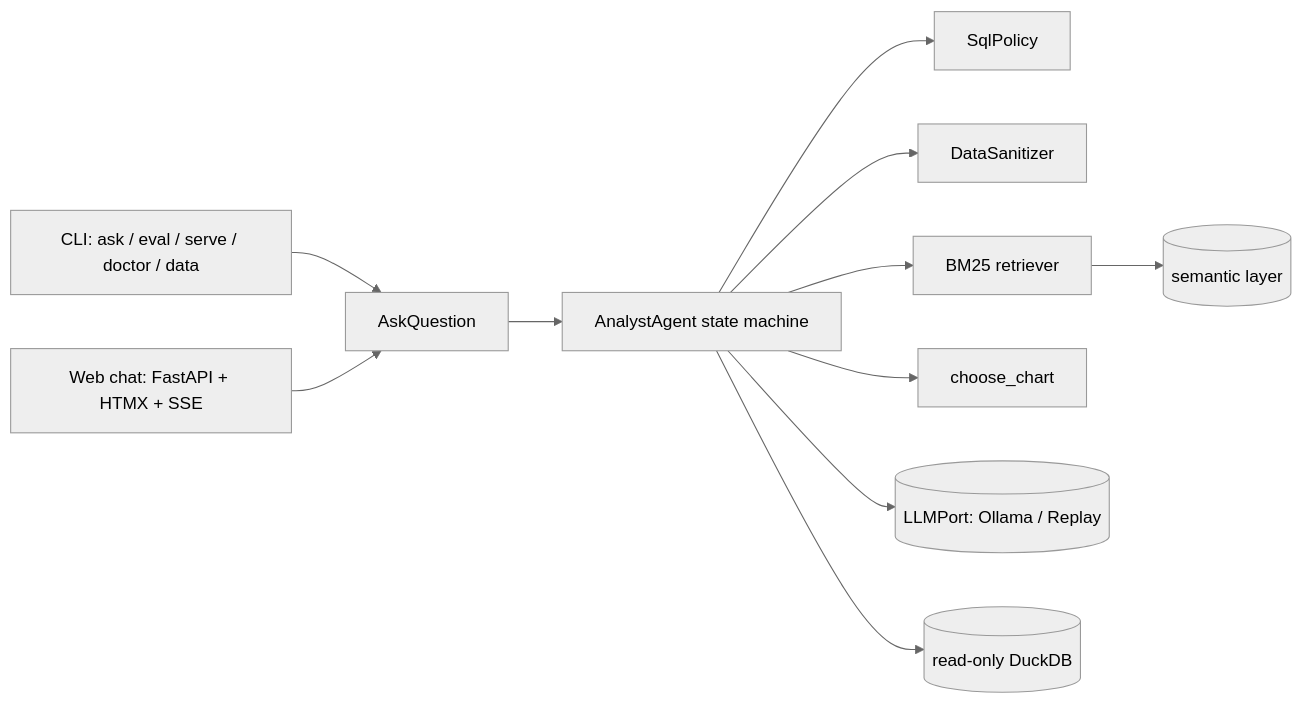
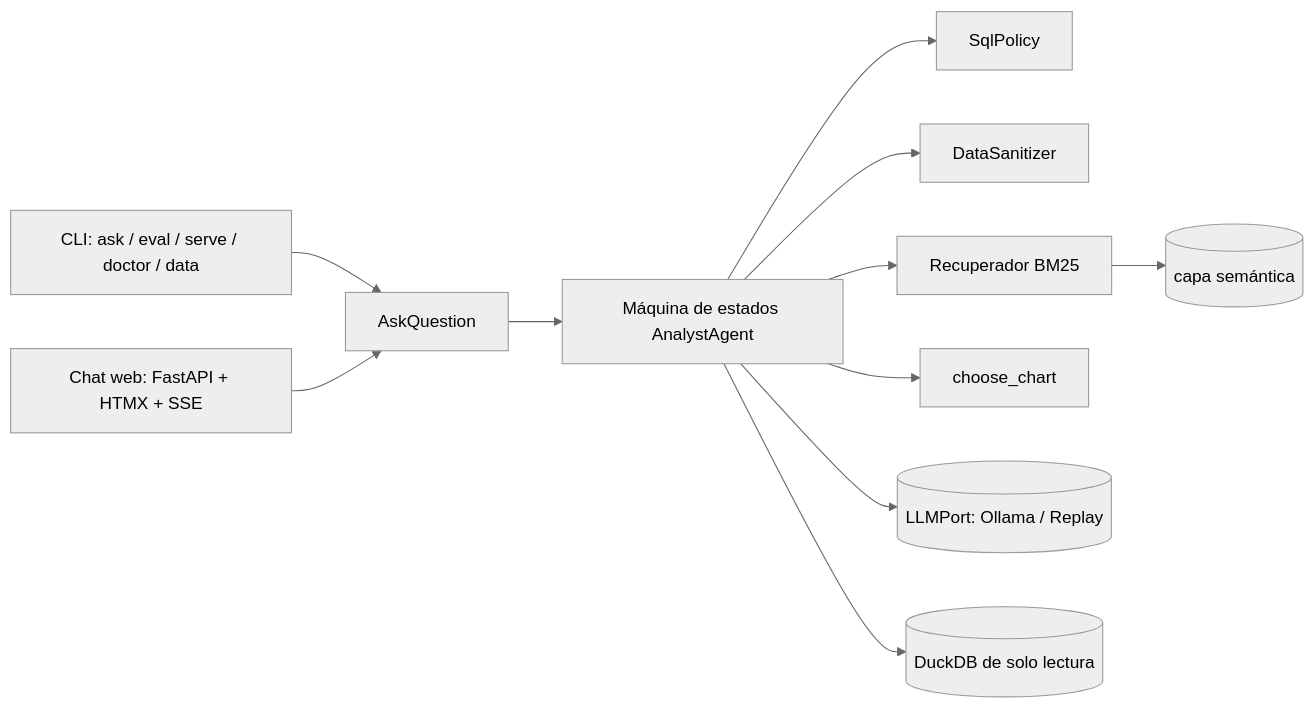
The diagram in README.md (Eduardo12Pacheco/agente-analista-sql-local), drawn with Mermaid (neutral theme) before and after one commit. The commit also changed other lines of this file and 4 other files, not shown here.

````diff
--- a/README.md
+++ b/README.md
@@ -49,13 +49,13 @@
 ```mermaid
 flowchart LR
   CLI[CLI: ask / eval / serve / doctor / data] --> ASK[AskQuestion]
-  WEB[Web chat: FastAPI + HTMX + SSE] --> ASK
-  ASK --> AG[AnalystAgent state machine]
+  WEB[Chat web: FastAPI + HTMX + SSE] --> ASK
+  ASK --> AG[Máquina de estados AnalystAgent]
   AG --> POL[SqlPolicy]
   AG --> SAN[DataSanitizer]
-  AG --> RET[BM25 retriever]
+  AG --> RET[Recuperador BM25]
   AG --> CH[choose_chart]
   AG --> LLM[(LLMPort: Ollama / Replay)]
-  AG --> WH[(read-only DuckDB)]
-  RET --> SEM[(semantic layer)]
+  AG --> WH[(DuckDB de solo lectura)]
+  RET --> SEM[(capa semántica)]
 ```
````
